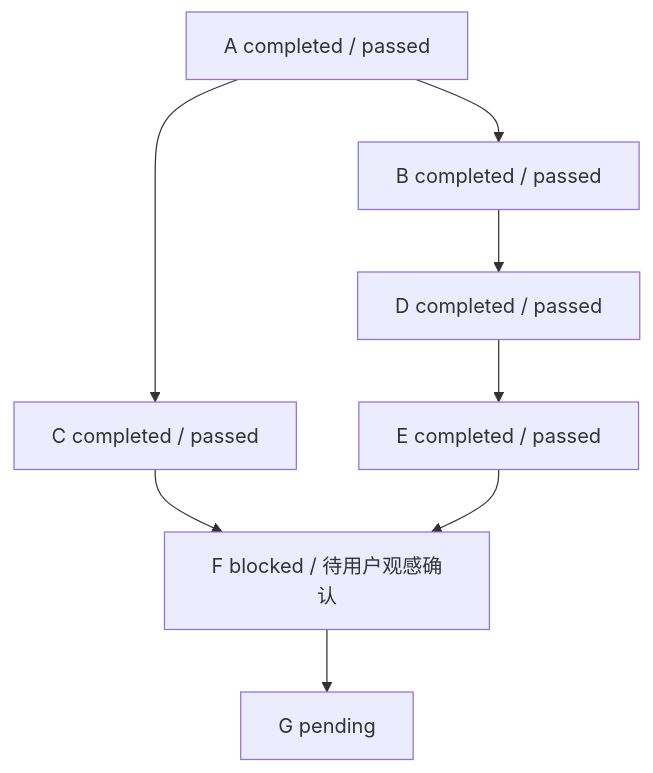
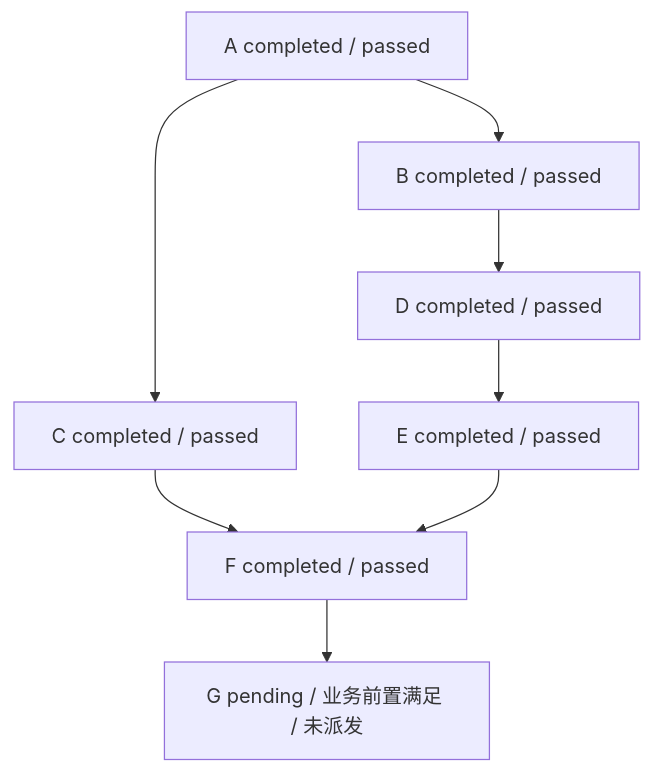
Before and after one commit to WuwuZhang0019/Codex-task-monitoring: the second of 2 diagrams in docs/03_轻量路线工作台/00_执行入口/01_当前执行台账_2026-11-10.md, drawn with Mermaid. The commit also changed other lines of this file and 7 other files, not shown here.

````diff
--- a/docs/03_轻量路线工作台/00_执行入口/01_当前执行台账_2026-11-10.md
+++ b/docs/03_轻量路线工作台/00_执行入口/01_当前执行台账_2026-11-10.md
@@ -308,10 +308,10 @@
 ```mermaid
 flowchart TD
     A[A completed / passed] --> B[B completed / passed]
     A --> C[C completed / passed]
     B --> D[D completed / passed]
     D --> E[E completed / passed]
-    C --> F[F blocked / 待用户观感确认]
+    C --> F[F completed / passed]
     E --> F
-    F --> G[G pending]
+    F --> G[G pending / 业务前置满足 / 未派发]
 ```
````
